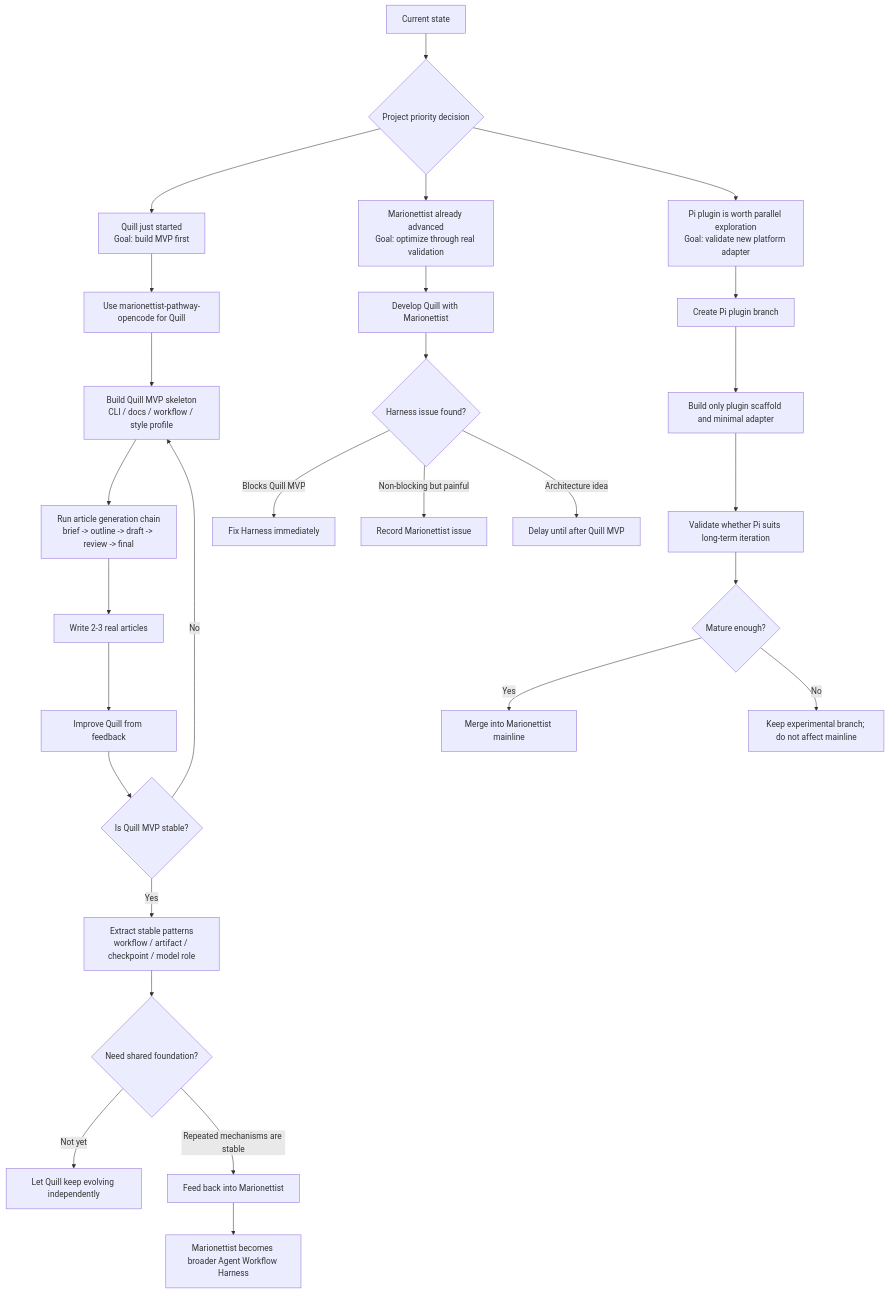
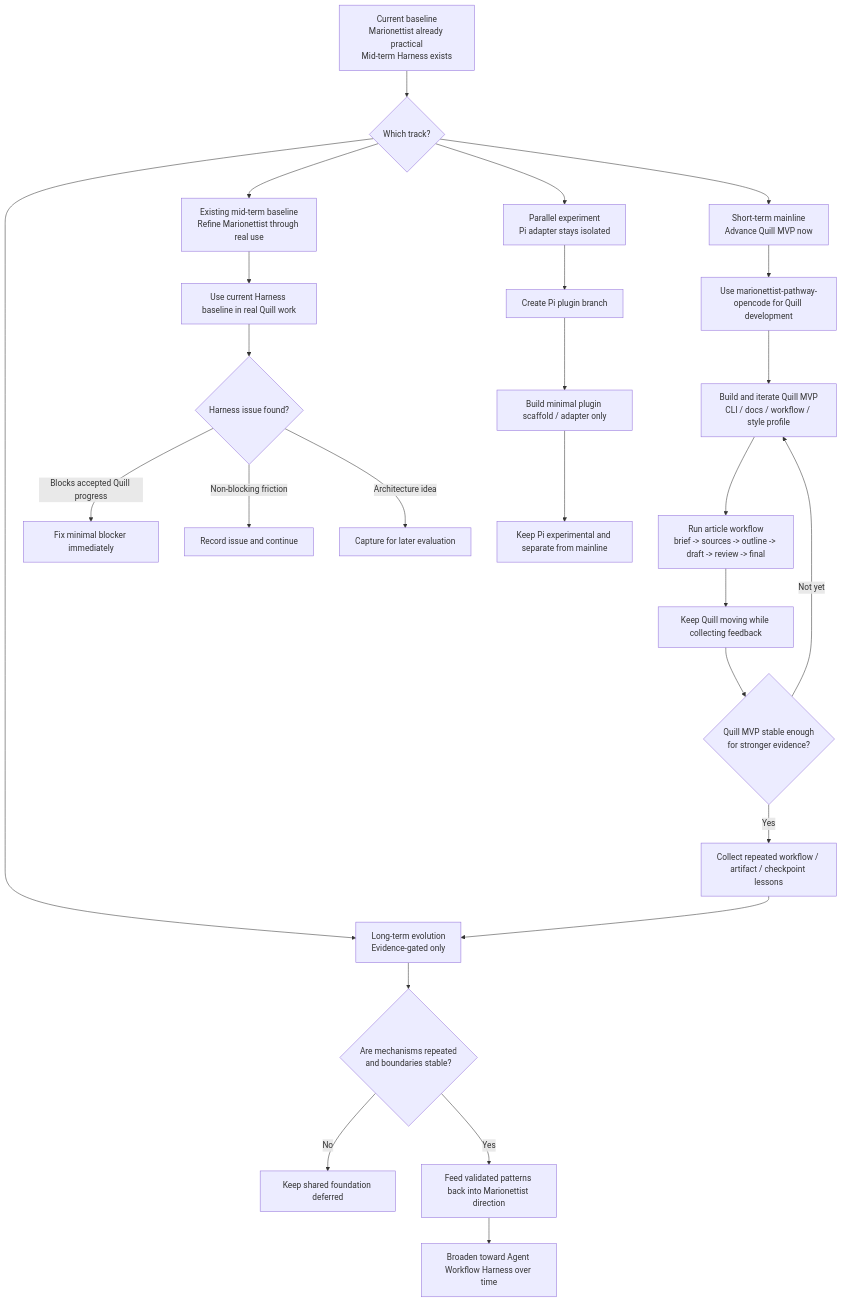
The diagram in docs/develop/05-project-sequencing.md (pandaria75/marionettist), drawn with Mermaid before and after one commit. The commit also changed other lines of this file and 3 other files, not shown here.

Commit message:
docs: refine next-stage roadmap framing

````diff
--- a/docs/develop/05-project-sequencing.md
+++ b/docs/develop/05-project-sequencing.md
@@ -35,36 +38,34 @@
 ```mermaid
 flowchart TD
-    A[Current state] --> B{Project priority decision}
+    A[Current baseline\nMarionettist already practical\nMid-term Harness exists] --> B{Which track?}
 
-    B --> C[Quill just started\nGoal: build MVP first]
-    B --> D[Marionettist already advanced\nGoal: optimize through real validation]
-    B --> E[Pi plugin is worth parallel exploration\nGoal: validate new platform adapter]
+    B --> C[Short-term mainline\nAdvance Quill MVP now]
+    B --> D[Existing mid-term baseline\nRefine Marionettist through real use]
+    B --> E[Parallel experiment\nPi adapter stays isolated]
+    B --> F[Long-term evolution\nEvidence-gated only]
 
-    C --> C1[Use marionettist-pathway-opencode for Quill]
-    C1 --> C2[Build Quill MVP skeleton\nCLI / docs / workflow / style profile]
-    C2 --> C3[Run article generation chain\nbrief -> outline -> draft -> review -> final]
-    C3 --> C4[Write 2-3 real articles]
-    C4 --> C5[Improve Quill from feedback]
+    C --> C1[Use marionettist-pathway-opencode for Quill development]
+    C1 --> C2[Build and iterate Quill MVP\nCLI / docs / workflow / style profile]
+    C2 --> C3[Run article workflow\nbrief -> sources -> outline -> draft -> review -> final]
+    C3 --> C4[Keep Quill moving while collecting feedback]
 
-    D --> D1[Develop Quill with Marionettist]
+    D --> D1[Use current Harness baseline in real Quill work]
     D1 --> D2{Harness issue found?}
-    D2 -->|Blocks Quill MVP| D3[Fix Harness immediately]
-    D2 -->|Non-blocking but painful| D4[Record Marionettist issue]
-    D2 -->|Architecture idea| D5[Delay until after Quill MVP]
+    D2 -->|Blocks accepted Quill progress| D3[Fix minimal blocker immediately]
+    D2 -->|Non-blocking friction| D4[Record issue and continue]
+    D2 -->|Architecture idea| D5[Capture for later evaluation]
 
     E --> E1[Create Pi plugin branch]
-    E1 --> E2[Build only plugin scaffold and minimal adapter]
-    E2 --> E3[Validate whether Pi suits long-term iteration]
-    E3 --> E4{Mature enough?}
-    E4 -->|Yes| E5[Merge into Marionettist mainline]
-    E4 -->|No| E6[Keep experimental branch; do not affect mainline]
+    E1 --> E2[Build minimal plugin scaffold / adapter only]
+    E2 --> E3[Keep Pi experimental and separate from mainline]
 
-    C5 --> F{Is Quill MVP stable?}
-    F -->|No| C2
-    F -->|Yes| G[Extract stable patterns\nworkflow / artifact / checkpoint / model role]
+    C4 --> G{Quill MVP stable enough\nfor stronger evidence?}
+    G -->|Not yet| C2
+    G -->|Yes| H[Collect repeated workflow / artifact / checkpoint lessons]
 
-    G --> H{Need shared foundation?}
-    H -->|Not yet| I[Let Quill keep evolving independently]
-    H -->|Repeated mechanisms are stable| J[Feed back into Marionettist]
-    J --> K[Marionettist becomes broader Agent Workflow Harness]
+    H --> F
+    F --> I{Are mechanisms repeated\nand boundaries stable?}
+    I -->|No| J[Keep shared foundation deferred]
+    I -->|Yes| K[Feed validated patterns back into Marionettist direction]
+    K --> L[Broaden toward Agent Workflow Harness over time]
 ```
````
